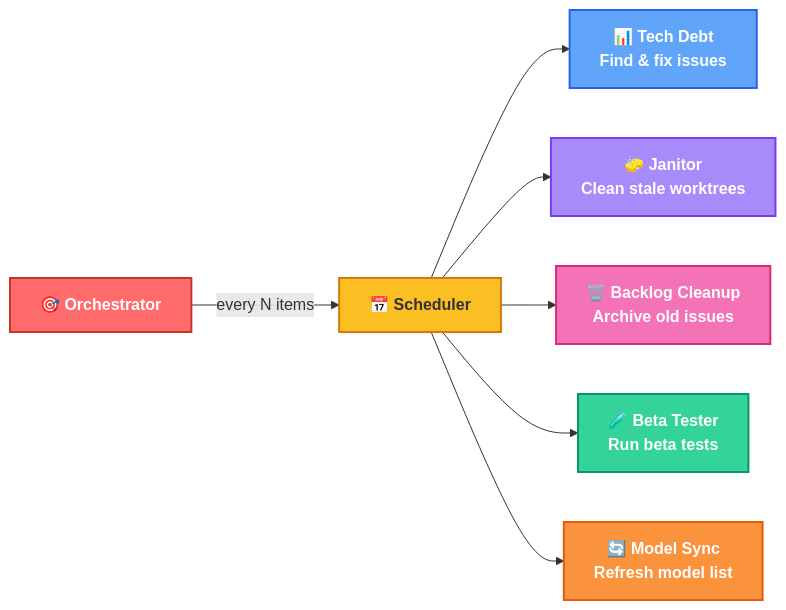
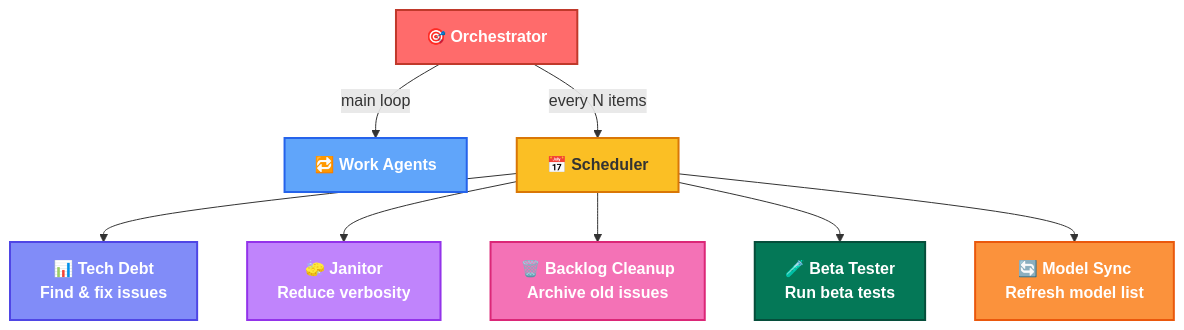
The third of 3 diagrams in pokepoke.md (AmeliaRose802/PokePoke), drawn with Mermaid before and after one commit. The commit also changed other lines of this file, not shown here.

Commit message:
chore: auto-commit for pre-flight health check

````diff
--- a/pokepoke.md
+++ b/pokepoke.md
@@ -94,20 +94,22 @@
 ```mermaid
-graph LR
+graph TB
     Orch["🎯 Orchestrator"]:::core
 
+    Orch -->|"main loop"| Work["🔁 Work Agents"]:::work
     Orch -->|"every N items"| Sched["📅 Scheduler"]:::sched
 
     Sched --> TD["📊 Tech Debt<br/>Find & fix issues"]:::m1
-    Sched --> JN["🧽 Janitor<br/>Clean stale worktrees"]:::m2
+    Sched --> JN["🧽 Janitor<br/>Reduce verbosity"]:::m2
     Sched --> BL["🗑️ Backlog Cleanup<br/>Archive old issues"]:::m3
     Sched --> BT["🧪 Beta Tester<br/>Run beta tests"]:::m4
     Sched --> MS["🔄 Model Sync<br/>Refresh model list"]:::m5
 
     classDef core fill:#FF6B6B,stroke:#C0392B,stroke-width:2px,color:#fff,font-weight:bold
+    classDef work fill:#60A5FA,stroke:#2563EB,stroke-width:2px,color:#fff,font-weight:bold
     classDef sched fill:#FBBF24,stroke:#D97706,stroke-width:2px,color:#333,font-weight:bold
-    classDef m1 fill:#60A5FA,stroke:#2563EB,stroke-width:2px,color:#fff,font-weight:bold
-    classDef m2 fill:#A78BFA,stroke:#7C3AED,stroke-width:2px,color:#fff,font-weight:bold
+    classDef m1 fill:#818CF8,stroke:#4F46E5,stroke-width:2px,color:#fff,font-weight:bold
+    classDef m2 fill:#C084FC,stroke:#9333EA,stroke-width:2px,color:#fff,font-weight:bold
     classDef m3 fill:#F472B6,stroke:#DB2777,stroke-width:2px,color:#fff,font-weight:bold
-    classDef m4 fill:#34D399,stroke:#059669,stroke-width:2px,color:#fff,font-weight:bold
+    classDef m4 fill:#047857,stroke:#064E3B,stroke-width:2px,color:#fff,font-weight:bold
     classDef m5 fill:#FB923C,stroke:#EA580C,stroke-width:2px,color:#fff,font-weight:bold
 ```
````
